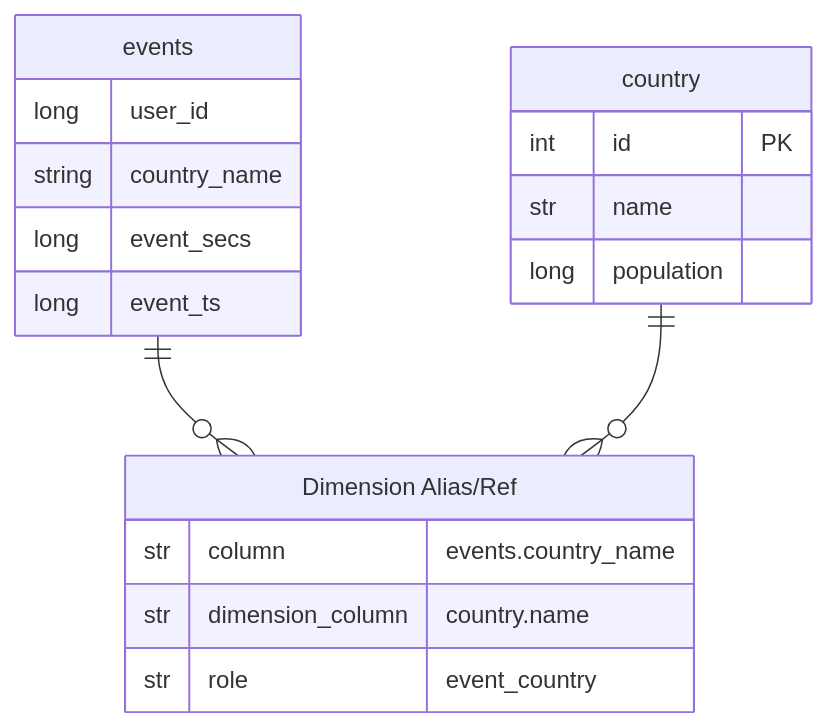
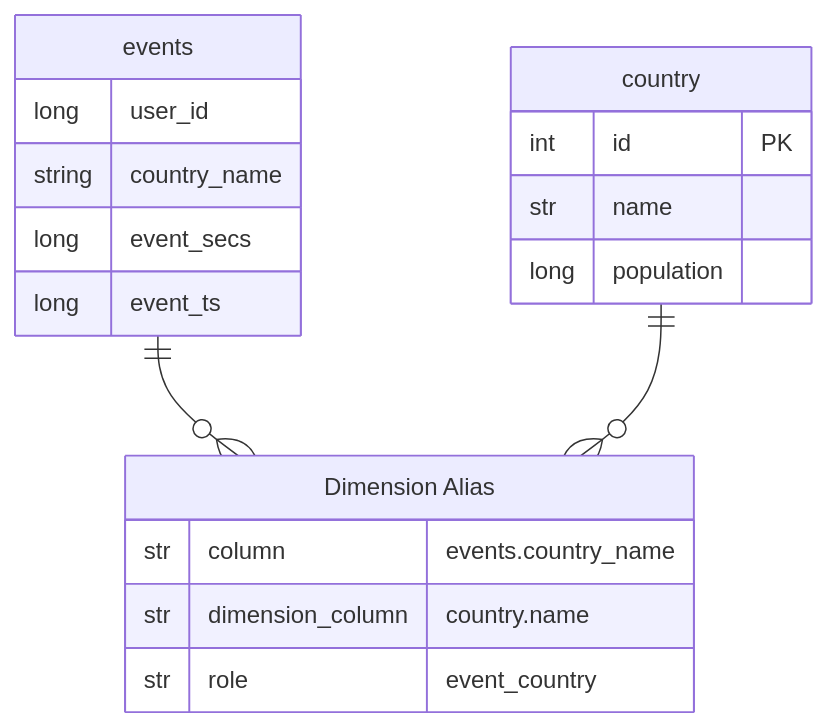
One commit to DataJunction/dj changed the sixth of 6 diagrams in docs/content/0.1.0/docs/data-modeling/dimension-links.md. Above: the diagram before and after it, drawn with Mermaid.

Commit message:
Add styling

```diff
--- a/docs/content/0.1.0/docs/data-modeling/dimension-links.md
+++ b/docs/content/0.1.0/docs/data-modeling/dimension-links.md
@@ -296,26 +296,26 @@
 {{< mermaid class="bg-light text-center" >}}
 %%{init: {"theme": "default", "themeCSS": [
     "[id*=events] .er.entityBox { fill: #7eb46150; stroke: #7eb46150; } [id*=events] .er.attributeBoxEven { fill: #fff; stroke: #7eb46150; } [id*=events] .er.attributeBoxOdd { fill: #fff; stroke: #7eb46150; }",
-    "[id*=user] .er.entityBox { fill: #ffefd0; stroke: #a9662150; } [id*=user] .er.attributeBoxEven { fill: #fff; stroke: #a9662150; } [id*=user] .er.attributeBoxOdd { fill: #fff; stroke: #a9662150; }",
+    "[id*=country] .er.entityBox { fill: #ffefd0; stroke: #a9662150; } [id*=country] .er.attributeBoxEven { fill: #fff; stroke: #a9662150; } [id*=country] .er.attributeBoxOdd { fill: #fff; stroke: #a9662150; }"
 ]}}%%
 erDiagram
     "events" {
         long user_id 
         string country_name
         long event_secs
         long event_ts
     }
    "country" {
         int id PK
         str name
         long population
     }
-   "events" ||--o{ "Dimension Alias/Ref": ""
-   "country" ||--o{ "Dimension Alias/Ref" : ""
+   "events" ||--o{ "Dimension Alias": ""
+   "country" ||--o{ "Dimension Alias" : ""
 
-   "Dimension Alias/Ref" {
+   "Dimension Alias" {
         str column "events.country_name"
         str dimension_column "country.name"
         str role "event_country"
     }
 {{< /mermaid >}}
```
